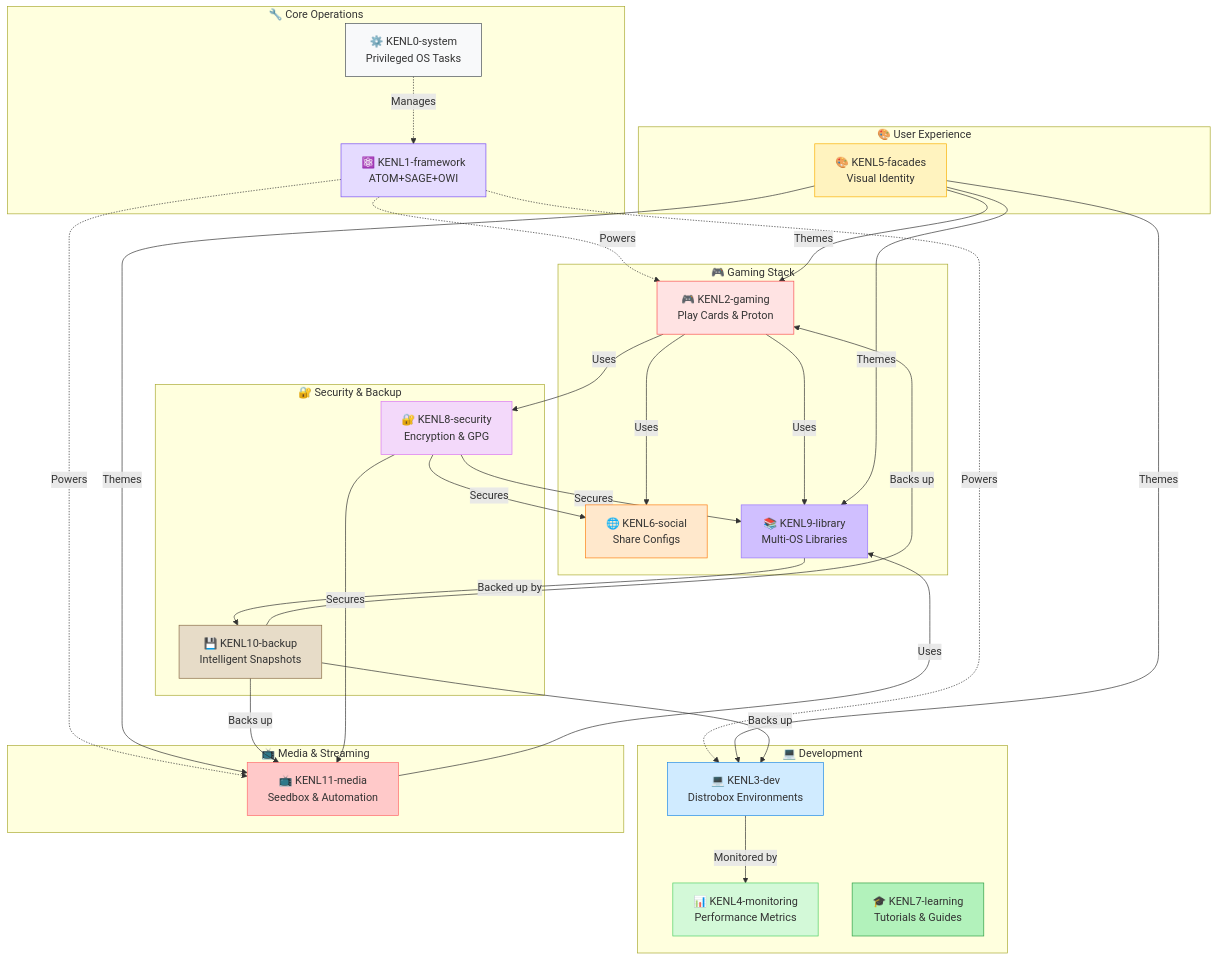
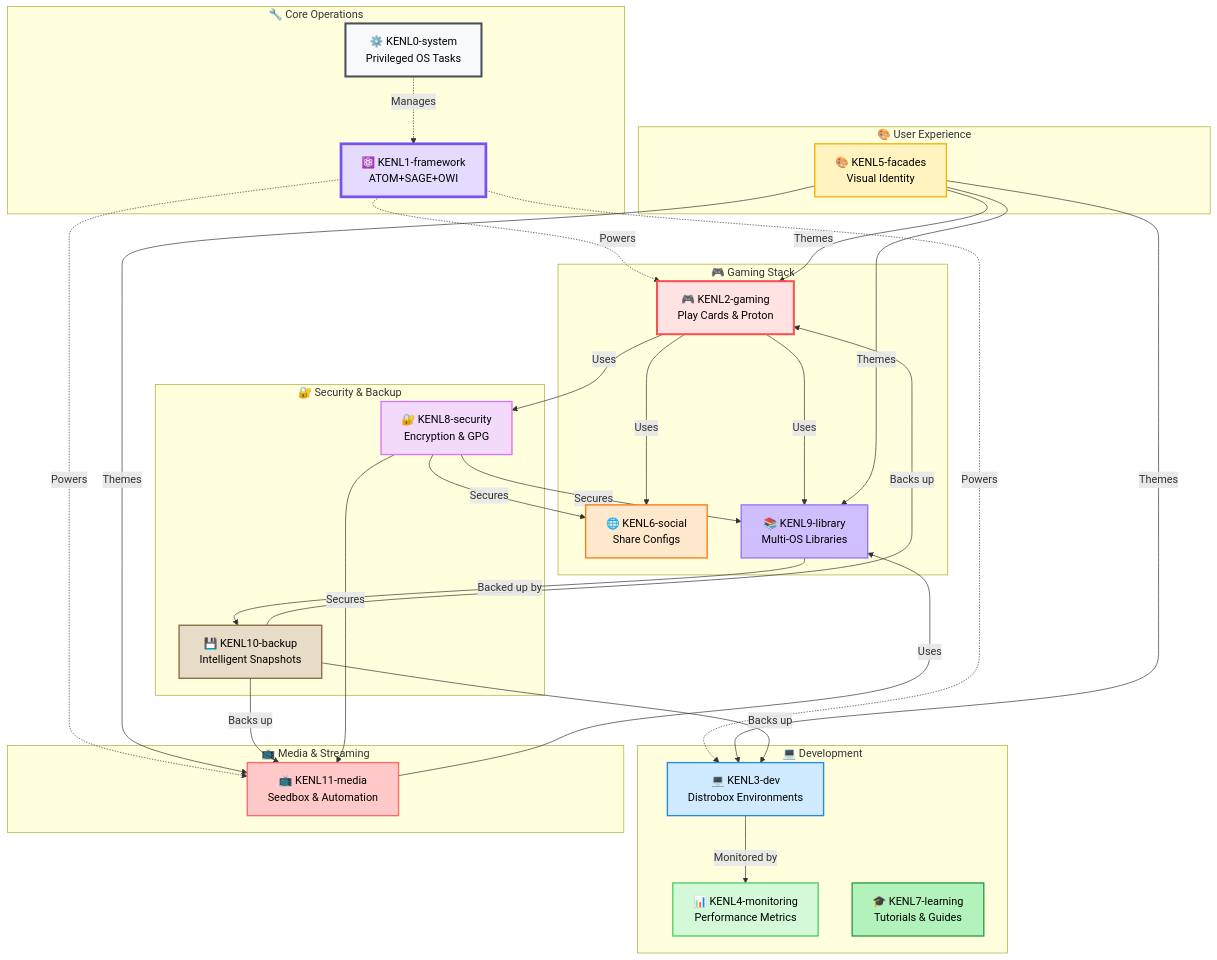
The second of 9 diagrams in README.md (toolate28/kenl), drawn with Mermaid before and after one commit. The commit also changed other lines of this file, not shown here.

First line of the commit message:
feat: enhance Mermaid diagrams with colors and varied node shapes

````diff
--- a/README.md
+++ b/README.md
@@ -80,66 +83,66 @@
 ```mermaid
 graph TB
     subgraph Core["🔧 Core Operations"]
         KENL0[⚙️ KENL0-system<br/>Privileged OS Tasks]
         KENL1[⚛️ KENL1-framework<br/>ATOM+SAGE+OWI]
     end
 
     subgraph Gaming["🎮 Gaming Stack"]
         KENL2[🎮 KENL2-gaming<br/>Play Cards & Proton]
         KENL6[🌐 KENL6-social<br/>Share Configs]
         KENL9[📚 KENL9-library<br/>Multi-OS Libraries]
     end
 
     subgraph Development["💻 Development"]
         KENL3[💻 KENL3-dev<br/>Distrobox Environments]
         KENL4[📊 KENL4-monitoring<br/>Performance Metrics]
         KENL7[🎓 KENL7-learning<br/>Tutorials & Guides]
     end
 
     subgraph Media["📺 Media & Streaming"]
         KENL11[📺 KENL11-media<br/>Seedbox & Automation]
     end
 
     subgraph UX["🎨 User Experience"]
         KENL5[🎨 KENL5-facades<br/>Visual Identity]
     end
 
     subgraph Security["🔐 Security & Backup"]
         KENL8[🔐 KENL8-security<br/>Encryption & GPG]
         KENL10[💾 KENL10-backup<br/>Intelligent Snapshots]
     end
 
     KENL0 -.->|Manages| KENL1
     KENL1 -.->|Powers| KENL2
     KENL1 -.->|Powers| KENL3
     KENL1 -.->|Powers| KENL11
     KENL2 -->|Uses| KENL9
     KENL2 -->|Uses| KENL8
     KENL2 -->|Uses| KENL6
     KENL3 -->|Monitored by| KENL4
     KENL5 -->|Themes| KENL2
     KENL5 -->|Themes| KENL3
     KENL5 -->|Themes| KENL9
     KENL5 -->|Themes| KENL11
     KENL9 -->|Backed up by| KENL10
     KENL10 -->|Backs up| KENL2
     KENL10 -->|Backs up| KENL3
     KENL10 -->|Backs up| KENL11
     KENL8 -->|Secures| KENL6
     KENL8 -->|Secures| KENL9
     KENL8 -->|Secures| KENL11
     KENL11 -->|Uses| KENL9
 
-    style KENL0 fill:#f8f9fa,stroke:#495057
-    style KENL1 fill:#e5dbff,stroke:#7950f2
-    style KENL2 fill:#ffe3e3,stroke:#fa5252
-    style KENL3 fill:#d0ebff,stroke:#228be6
-    style KENL4 fill:#d3f9d8,stroke:#51cf66
-    style KENL5 fill:#fff3bf,stroke:#fab005
-    style KENL6 fill:#ffe8cc,stroke:#fd7e14
-    style KENL7 fill:#b2f2bb,stroke:#2f9e44
-    style KENL8 fill:#f3d9fa,stroke:#da77f2
-    style KENL9 fill:#d0bfff,stroke:#9775fa
-    style KENL10 fill:#e7dcc8,stroke:#8b6d47
-    style KENL11 fill:#ffc9c9,stroke:#ff6b6b
+    style KENL0 fill:#f8f9fa,stroke:#495057,stroke-width:3px,color:#000
+    style KENL1 fill:#e5dbff,stroke:#7950f2,stroke-width:4px,color:#000
+    style KENL2 fill:#ffe3e3,stroke:#fa5252,stroke-width:3px,color:#000
+    style KENL3 fill:#d0ebff,stroke:#228be6,stroke-width:2px,color:#000
+    style KENL4 fill:#d3f9d8,stroke:#51cf66,stroke-width:2px,color:#000
+    style KENL5 fill:#fff3bf,stroke:#fab005,stroke-width:2px,color:#000
+    style KENL6 fill:#ffe8cc,stroke:#fd7e14,stroke-width:2px,color:#000
+    style KENL7 fill:#b2f2bb,stroke:#2f9e44,stroke-width:2px,color:#000
+    style KENL8 fill:#f3d9fa,stroke:#da77f2,stroke-width:2px,color:#000
+    style KENL9 fill:#d0bfff,stroke:#9775fa,stroke-width:2px,color:#000
+    style KENL10 fill:#e7dcc8,stroke:#8b6d47,stroke-width:2px,color:#000
+    style KENL11 fill:#ffc9c9,stroke:#ff6b6b,stroke-width:2px,color:#000
 ```
````
